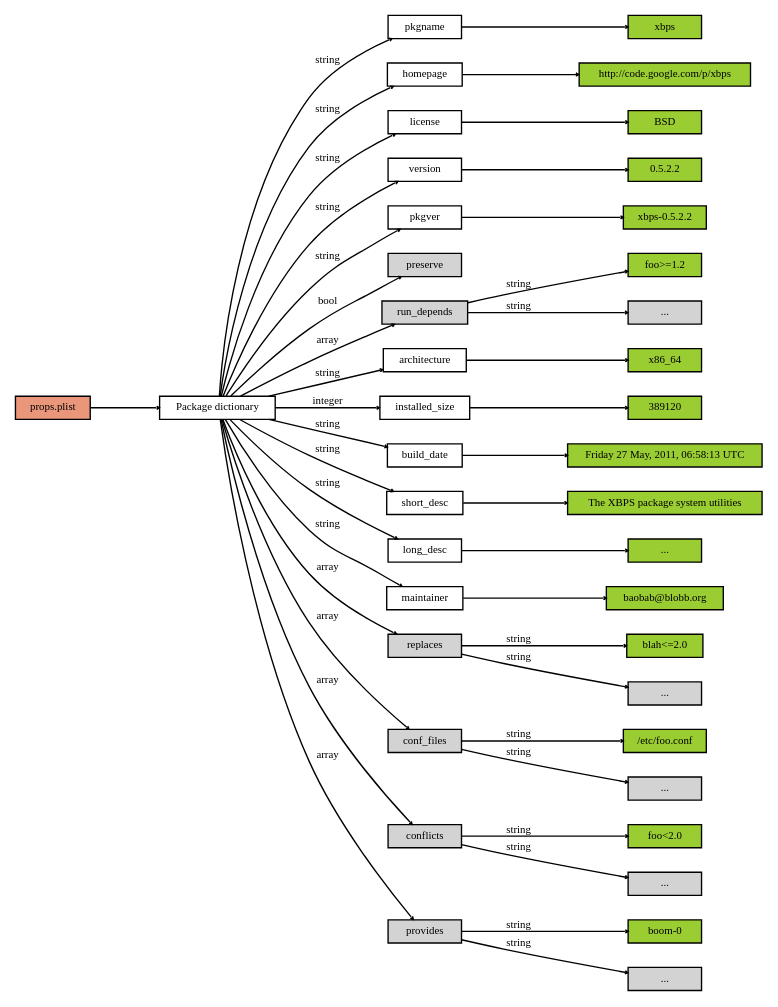
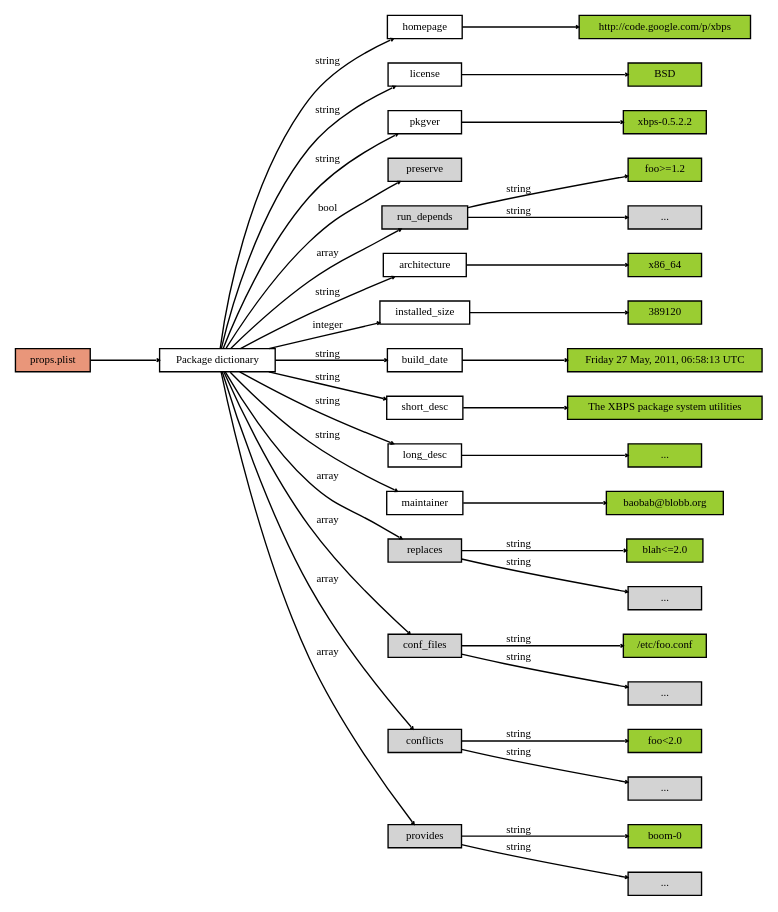
The diagram in doc/xbps_pkg_props_dictionary.dot (void-linux/xbps), drawn with Graphviz before and after one commit.

Commit message:
doc/xbps_pkg_props_dictionary.dot: sync with reality.

```diff
--- a/doc/xbps_pkg_props_dictionary.dot
+++ b/doc/xbps_pkg_props_dictionary.dot
@@ -1,75 +1,69 @@
 digraph pkg_props_dictionary {
 	graph [rankdir=LR,ranksep="0.7"];
 	edge [arrowhead="vee",arrowsize="0.2",fontname="DejaVuSansCondensed",fontsize="8"];
 	node [height=".1",shape=box,fontname="DejaVuSansCondensed",fontsize="8"];
 	props_plist -> main;
 	props_plist [style=filled,fillcolor="darksalmon",label="props.plist"];
 	main [label="Package dictionary"];
-	main -> pkgname [label="string"];
-	pkgname -> pkgname_value;
-	pkgname_value [style=filled,fillcolor="yellowgreen",label="xbps"];
 	main -> homepage [label="string"];
 	homepage -> homepage_value;
 	homepage_value [style=filled,fillcolor="yellowgreen",label="http://code.google.com/p/xbps"];
 	main -> license [label="string"];
 	license -> license_value;
 	license_value [style=filled,fillcolor="yellowgreen",label="BSD"];
-	main -> version [label="string"];
-	version -> version_value;
-	version_value [style=filled,fillcolor="yellowgreen",label="0.5.2.2"];
 	main -> pkgver [label="string"];
 	pkgver -> pkgver_value;
 	pkgver_value [style=filled,fillcolor="yellowgreen",label="xbps-0.5.2.2"];
 	main -> preserve [style=filled,label="bool"];
 	preserve [style=filled];
 	main -> run_depends [label="array"];
 	run_depends [style=filled];
 	run_depends -> rundep1_string [label="string"];
 	run_depends -> rundep2_string [label="string"];
 	rundep1_string [style=filled,fillcolor="yellowgreen",label="foo>=1.2"];
 	rundep2_string [style=filled,label="..."];
 	main -> architecture [label="string"];
 	architecture -> arch_value;
 	arch_value [style=filled,fillcolor="yellowgreen",label="x86_64"];
 	main -> instsize [label="integer"];
 	instsize -> instsize_value;
 	instsize_value [style=filled,fillcolor="yellowgreen",label="389120"];
 	instsize [label="installed_size"];
 	main -> builddate [label="string"];
 	builddate [label="build_date"];
 	builddate -> builddate_value;
 	builddate_value [style=filled,fillcolor="yellowgreen",label="Friday 27 May, 2011, 06:58:13 UTC"];
 	main -> short_desc [label="string"]
 	short_desc -> shortdesc_val;
 	shortdesc_val [style=filled,fillcolor="yellowgreen",label="The XBPS package system utilities"];
 	main -> long_desc [label="string"];
 	long_desc -> longdesc_val;
 	longdesc_val [style=filled,fillcolor="yellowgreen",label="..."];
 	main -> maintainer [label="string"];
 	maintainer -> maintainer_val;
 	maintainer_val [style=filled,fillcolor="yellowgreen",label="baobab@blobb.org"];
 	main -> replaces [label="array"];
 	replaces [style=filled];
 	replaces -> replace1_string [label="string"];
 	replaces -> replace2_string [label="string"];
 	replace1_string [style=filled,fillcolor="yellowgreen",label="blah<=2.0"];
 	replace2_string [style=filled,label="..."];
 	main -> conf_files [label="array"];
 	conf_files [style=filled];
 	conf_files -> cffile1 [style=filled,label="string"];
 	conf_files -> cffile2 [style=filled,label="string"];
 	cffile1 [style=filled,fillcolor="yellowgreen",label="/etc/foo.conf"];
 	cffile2 [style=filled,label="..."];
 	main -> conflicts [label="array"];
 	conflicts [style=filled];
 	conflicts -> conflict1 [style=filled,label="string"];
 	conflicts -> conflict2 [style=filled,label="string"];
 	conflict1 [style=filled,fillcolor="yellowgreen",label="foo<2.0"];
 	conflict2 [style=filled,label="..."];
 	main -> provides [label="array"];
 	provides [style=filled];
 	provides -> provides1 [style=filled,label="string"];
 	provides -> provides2 [style=filled,label="string"];
 	provides1 [style=filled,fillcolor="yellowgreen",label="boom-0"];
 	provides2 [style=filled,label="..."];
 }
```
